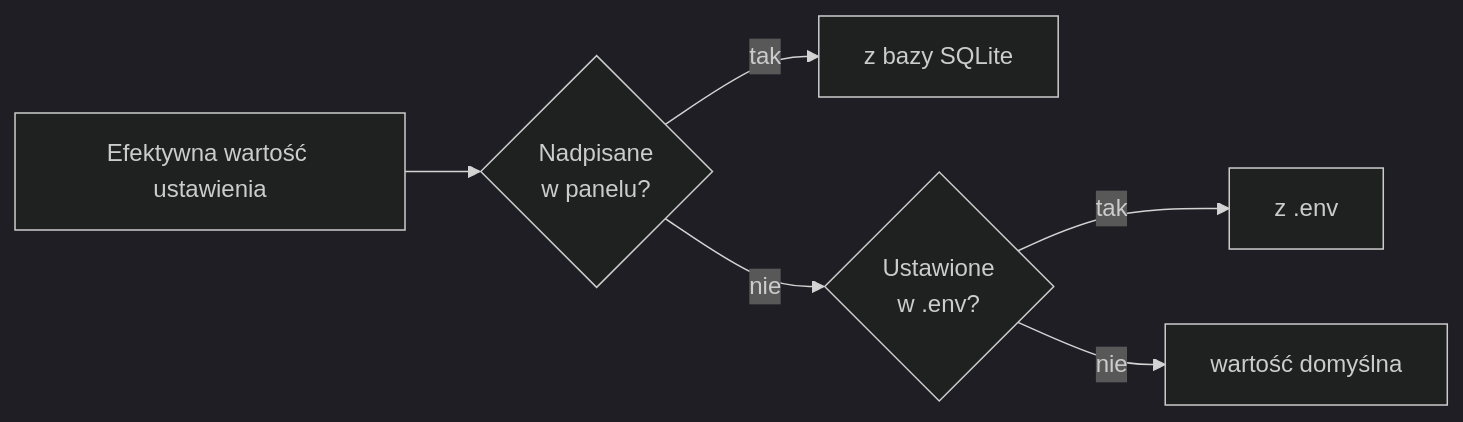
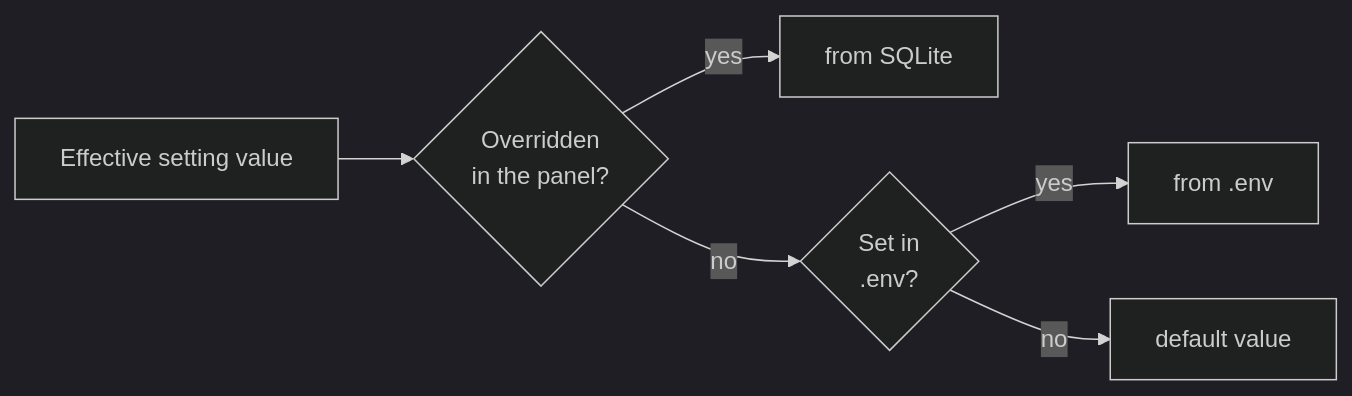
Before and after one commit to mrfroncu/mcwake: the third of 6 diagrams in README.md, drawn with Mermaid (dark theme). The commit also changed other lines of this file, not shown here.

````diff
--- a/README.md
+++ b/README.md
@@ -168,8 +171,8 @@
 ```mermaid
 flowchart LR
-    v["Efektywna wartość ustawienia"] --> a{"Nadpisane\nw panelu?"}
-    a -->|tak| b["z bazy SQLite"]
-    a -->|nie| c{"Ustawione\nw .env?"}
-    c -->|tak| d["z .env"]
-    c -->|nie| e["wartość domyślna"]
+    v["Effective setting value"] --> a{"Overridden\nin the panel?"}
+    a -->|yes| b["from SQLite"]
+    a -->|no| c{"Set in\n.env?"}
+    c -->|yes| d["from .env"]
+    c -->|no| e["default value"]
 ```
````
